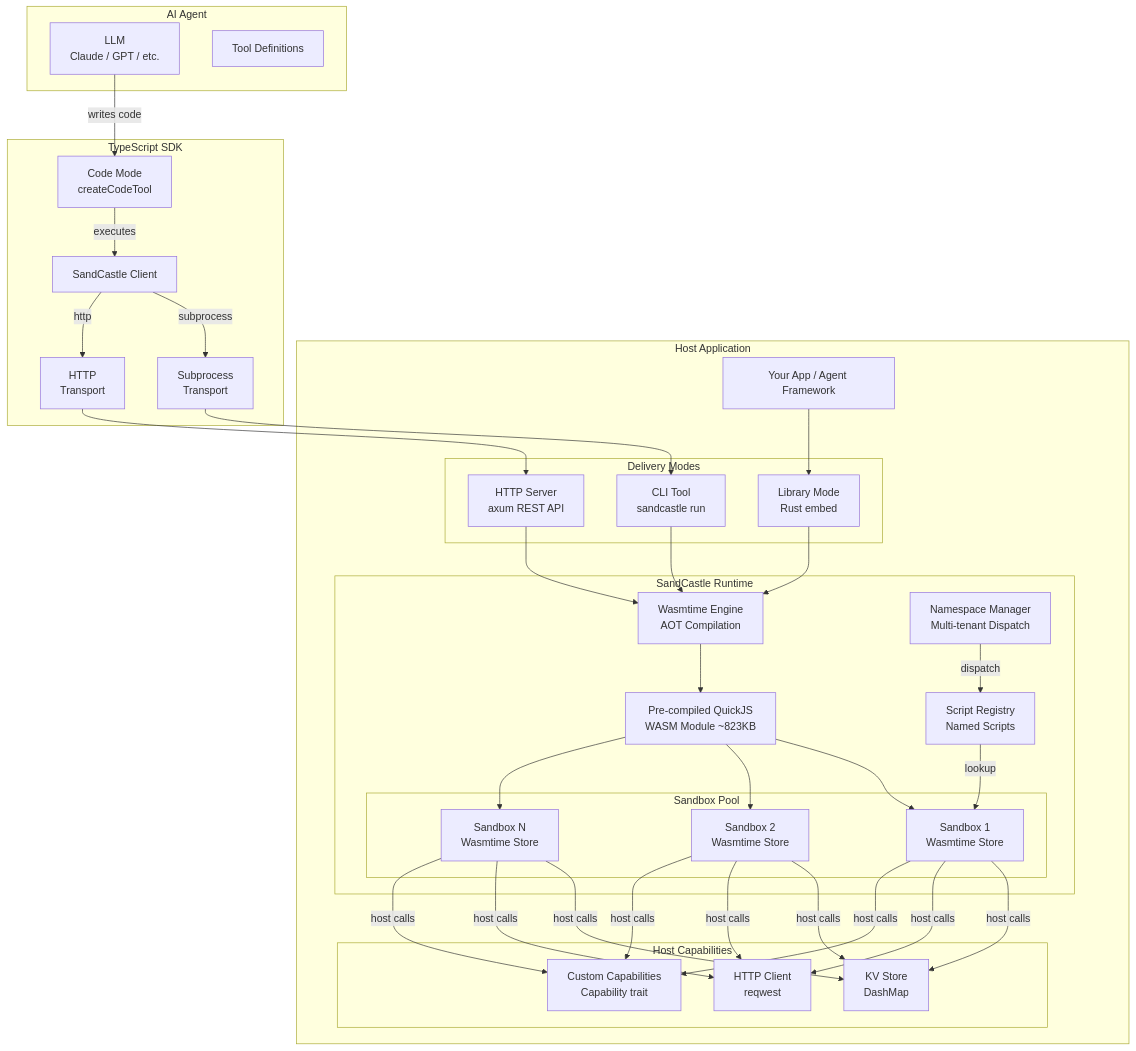
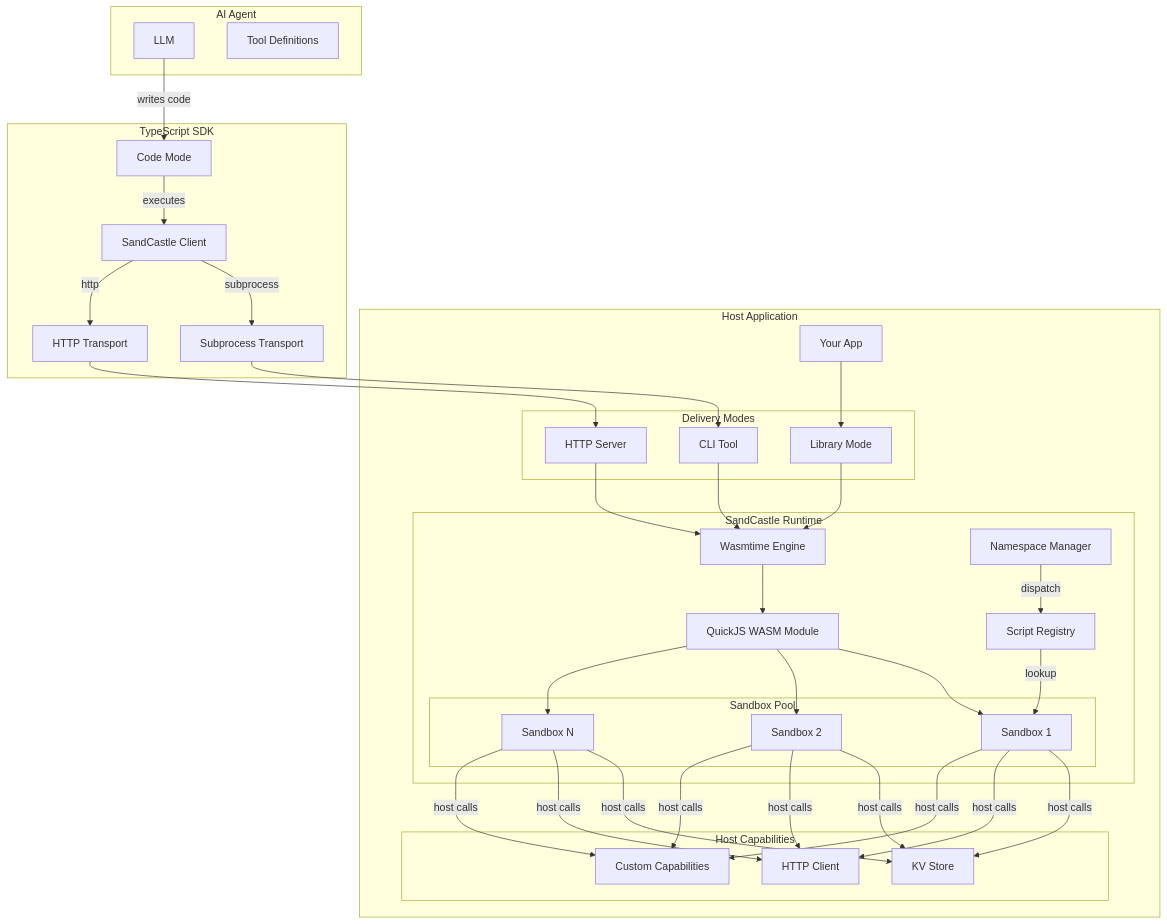
The first of 5 diagrams in docs/architecture.md (tylergibbs1/sandcastle), drawn with Mermaid before and after one commit. The commit also changed other lines of this file and 1 other file, not shown here.

First line of the commit message:
Fix Mermaid diagrams for GitHub rendering

````diff
--- a/docs/architecture.md
+++ b/docs/architecture.md
@@ -5,62 +5,62 @@
 ```mermaid
 graph TB
-    subgraph "Host Application"
-        APP[Your App / Agent Framework]
+    subgraph Host Application
+        APP[Your App]
 
-        subgraph "SandCastle Runtime"
-            ENGINE[Wasmtime Engine<br/>AOT Compilation]
-            MODULE[Pre-compiled QuickJS<br/>WASM Module ~823KB]
+        subgraph SandCastle Runtime
+            ENGINE[Wasmtime Engine]
+            MODULE[QuickJS WASM Module]
 
-            subgraph "Sandbox Pool"
-                S1[Sandbox 1<br/>Wasmtime Store]
-                S2[Sandbox 2<br/>Wasmtime Store]
-                S3[Sandbox N<br/>Wasmtime Store]
+            subgraph Sandbox Pool
+                S1[Sandbox 1]
+                S2[Sandbox 2]
+                S3[Sandbox N]
             end
 
-            REG[Script Registry<br/>Named Scripts]
-            NS[Namespace Manager<br/>Multi-tenant Dispatch]
+            REG[Script Registry]
+            NS[Namespace Manager]
         end
 
-        subgraph "Host Capabilities"
-            KV[KV Store<br/>DashMap]
-            HTTP[HTTP Client<br/>reqwest]
-            CUSTOM[Custom Capabilities<br/>Capability trait]
+        subgraph Host Capabilities
+            KV[KV Store]
+            HTTP[HTTP Client]
+            CUSTOM[Custom Capabilities]
         end
 
-        subgraph "Delivery Modes"
-            LIB[Library Mode<br/>Rust embed]
-            CLI[CLI Tool<br/>sandcastle run]
-            SERVE[HTTP Server<br/>axum REST API]
+        subgraph Delivery Modes
+            LIB[Library Mode]
+            CLI[CLI Tool]
+            SERVE[HTTP Server]
         end
     end
 
-    subgraph "TypeScript SDK"
+    subgraph TypeScript SDK
         CLIENT[SandCastle Client]
-        CODEMODE[Code Mode<br/>createCodeTool]
-        TRANSPORT_SUB[Subprocess<br/>Transport]
-        TRANSPORT_HTTP[HTTP<br/>Transport]
+        CODEMODE[Code Mode]
+        TRANSPORT_SUB[Subprocess Transport]
+        TRANSPORT_HTTP[HTTP Transport]
     end
 
-    subgraph "AI Agent"
-        LLM[LLM<br/>Claude / GPT / etc.]
+    subgraph AI Agent
+        LLM[LLM]
         TOOLS[Tool Definitions]
     end
 
-    LLM -->|"writes code"| CODEMODE
-    CODEMODE -->|"executes"| CLIENT
+    LLM -->|writes code| CODEMODE
+    CODEMODE -->|executes| CLIENT
     CLIENT -->|subprocess| TRANSPORT_SUB --> CLI
     CLIENT -->|http| TRANSPORT_HTTP --> SERVE
 
     APP --> LIB
     LIB --> ENGINE
     CLI --> ENGINE
     SERVE --> ENGINE
 
     ENGINE --> MODULE
     MODULE --> S1 & S2 & S3
 
-    S1 & S2 & S3 -->|"host calls"| KV & HTTP & CUSTOM
+    S1 & S2 & S3 -->|host calls| KV & HTTP & CUSTOM
 
-    REG -->|"lookup"| S1
-    NS -->|"dispatch"| REG
+    REG -->|lookup| S1
+    NS -->|dispatch| REG
 ```
````
